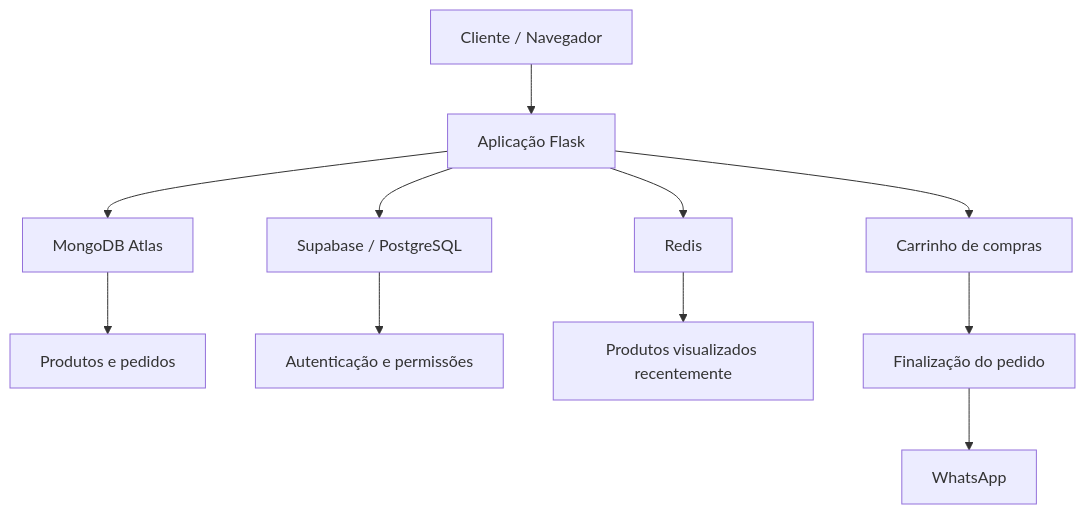
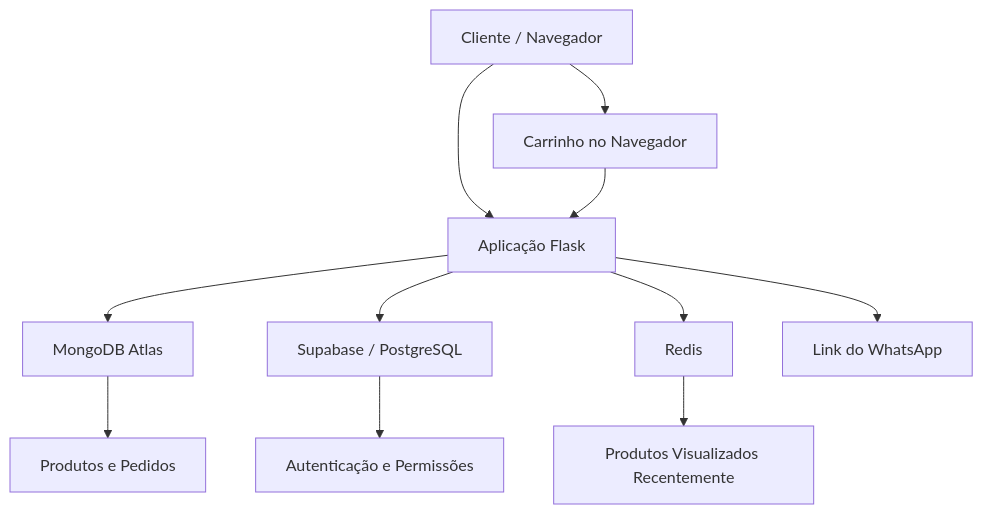
One commit to Giovanepg/BebidaMix changed the diagram in README.md. Above: the diagram before and after it, drawn with Mermaid. The commit also changed other lines of this file, not shown here.

````diff
--- a/README.md
+++ b/README.md
@@ -102,16 +334,17 @@
 ```mermaid
 flowchart TD
     A["Cliente / Navegador"] --> B["Aplicação Flask"]
 
     B --> C["MongoDB Atlas"]
     B --> D["Supabase / PostgreSQL"]
     B --> E["Redis"]
 
-    C --> F["Produtos e pedidos"]
-    D --> G["Autenticação e permissões"]
-    E --> H["Produtos visualizados recentemente"]
+    C --> F["Produtos e Pedidos"]
+    D --> G["Autenticação e Permissões"]
+    E --> H["Produtos Visualizados Recentemente"]
 
-    B --> I["Carrinho de compras"]
-    I --> J["Finalização do pedido"]
-    J --> K["WhatsApp"]
+    A --> I["Carrinho no Navegador"]
+    I --> B
+
+    B --> J["Link do WhatsApp"]
 ```
````
